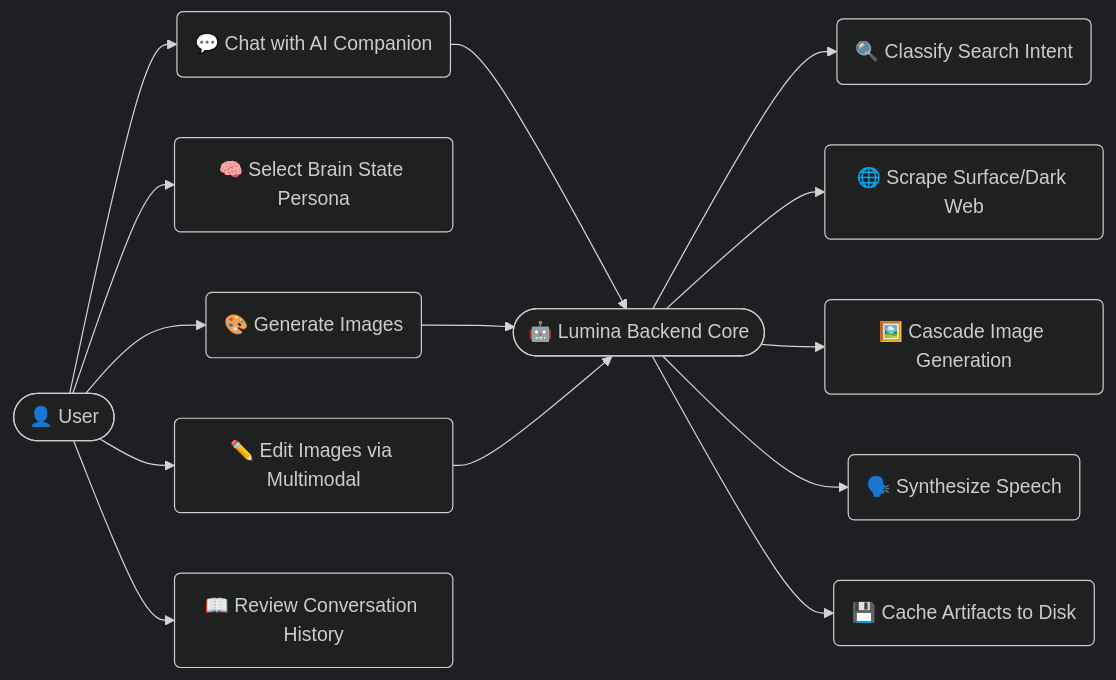
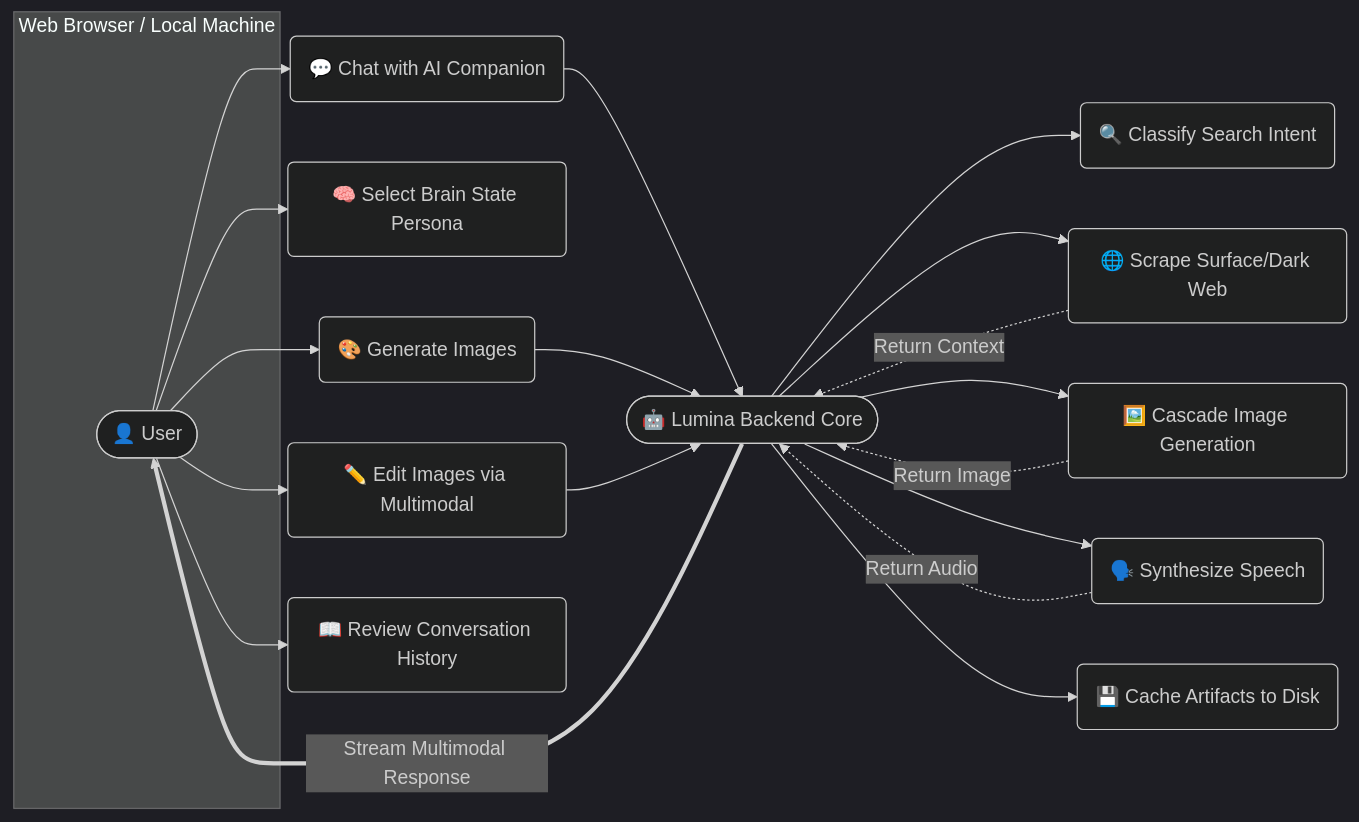
The third of 5 diagrams in lumina_technical_documentation.md (Mhghazy/Lumina-AI), drawn with Mermaid (dark theme) before and after one commit.

Commit message:
docs: update system-wide use case diagram to show client boundary and feedback loops

````diff
--- a/lumina_technical_documentation.md
+++ b/lumina_technical_documentation.md
@@ -799,22 +799,32 @@
 ```mermaid
 flowchart LR
-    User([👤 User])
+    subgraph Client [Web Browser / Local Machine]
+        User([👤 User])
+    end
+    
     Lumina([🤖 Lumina Backend Core])
     
     User --> UC1(💬 Chat with AI Companion)
     User --> UC2(🧠 Select Brain State Persona)
     User --> UC3(🎨 Generate Images)
     User --> UC4(✏️ Edit Images via Multimodal)
     User --> UC5(📖 Review Conversation History)
     
     %% Connections between User intents and Backend Execution
     UC1 --> Lumina
     UC3 --> Lumina
     UC4 --> Lumina
     
     Lumina --> BUC1(🔍 Classify Search Intent)
     Lumina --> BUC2(🌐 Scrape Surface/Dark Web)
     Lumina --> BUC4(🖼️ Cascade Image Generation)
     Lumina --> BUC5(🗣️ Synthesize Speech)
     Lumina --> BUC6(💾 Cache Artifacts to Disk)
+    
+    %% Feedback loops returning the data
+    BUC2 -.->|Return Context| Lumina
+    BUC4 -.->|Return Image| Lumina
+    BUC5 -.->|Return Audio| Lumina
+    
+    Lumina ==>|Stream Multimodal Response| User
 ```
````
